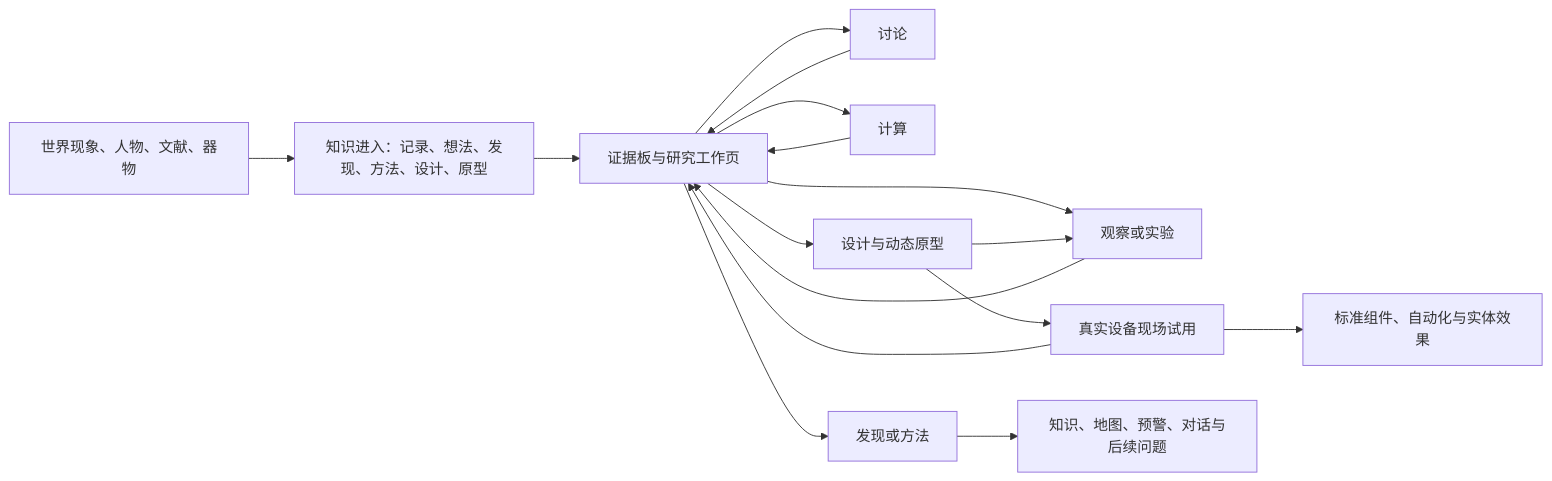
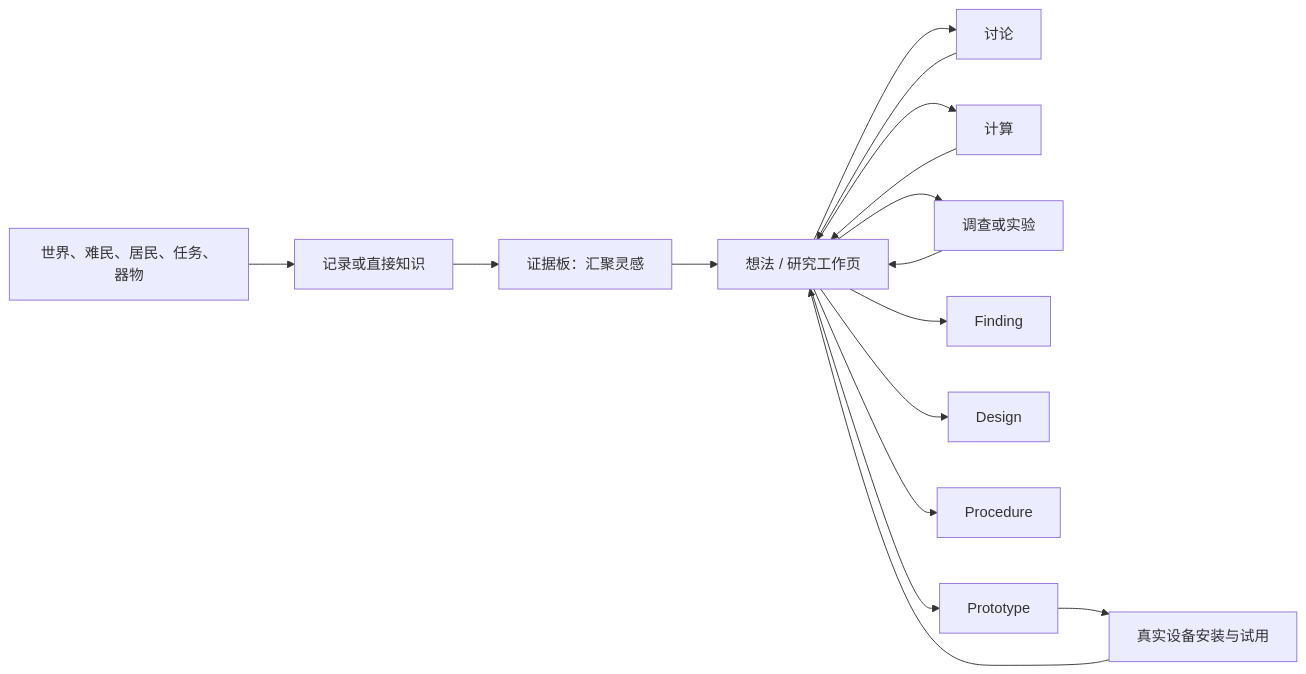
One commit to TeamMoegMC/FrostedHeart changed the first of 2 diagrams in plans/2026-08-25_16-17-39_generative-research-knowledge-laboratory-v2.md. Above: the diagram before and after it, drawn with Mermaid. The commit also changed other lines of this file, not shown here.

````diff
--- a/plans/2026-08-25_16-17-39_generative-research-knowledge-laboratory-v2.md
+++ b/plans/2026-08-25_16-17-39_generative-research-knowledge-laboratory-v2.md
@@ -78,18 +69,18 @@
-```mermaid
+~~~mermaid
 flowchart LR
-    W["世界现象、人物、文献、器物"] --> K["知识进入：记录、想法、发现、方法、设计、原型"]
-    K --> B["证据板与研究工作页"]
-    B --> D["讨论"]
-    B --> C["计算"]
-    B --> E["观察或实验"]
-    D --> B
-    C --> B
-    E --> B
-    B --> F["发现或方法"]
-    B --> G["设计与动态原型"]
-    G --> E
-    G --> H["真实设备现场试用"]
-    H --> B
-    F --> P["知识、地图、预警、对话与后续问题"]
-    H --> T["标准组件、自动化与实体效果"]
-```
+    S["世界、难民、居民、任务、器物"] --> R["记录或直接知识"]
+    R --> B["证据板：汇聚灵感"]
+    B --> I["想法 / 研究工作页"]
+    I --> D["讨论"]
+    I --> C["计算"]
+    I --> E["调查或实验"]
+    D --> I
+    C --> I
+    E --> I
+    I --> F["Finding"]
+    I --> G["Design"]
+    I --> P["Procedure"]
+    I --> O["Prototype"]
+    O --> H["真实设备安装与试用"]
+    H --> I
+~~~
````
